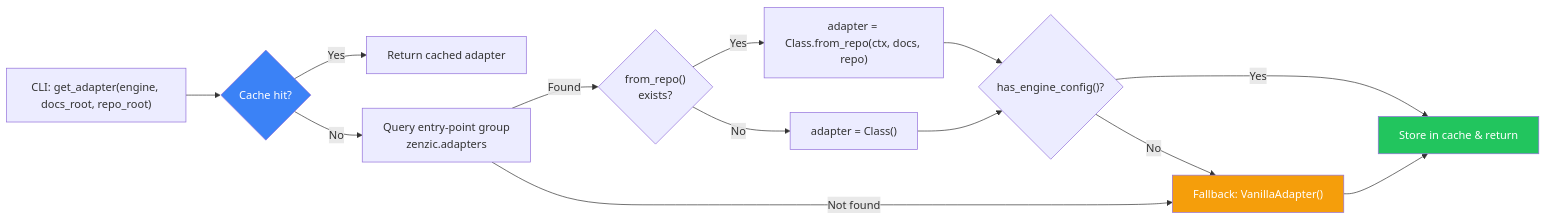
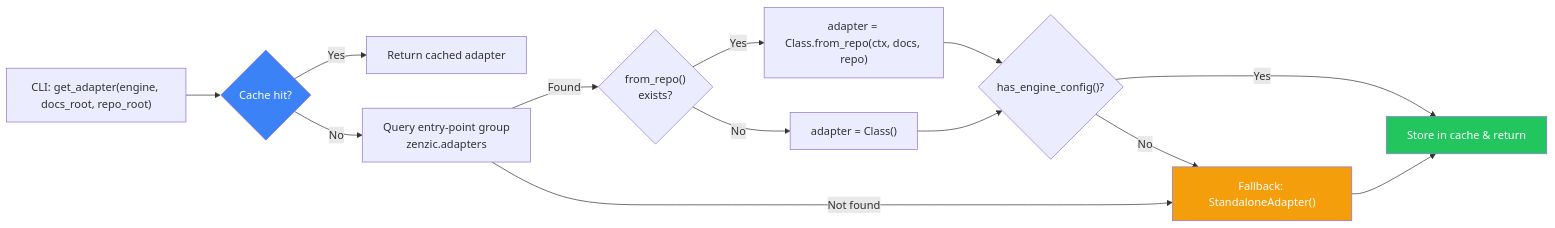
One commit to PythonWoods/zenzic-doc changed the first of 2 diagrams in i18n/it/docusaurus-plugin-content-docs/current/explanation/architecture.mdx. Above: the diagram before and after it, drawn with Mermaid. The commit also changed other lines of this file and 291 other files, not shown here.

````diff
--- a/i18n/it/docusaurus-plugin-content-docs/current/explanation/architecture.mdx
+++ b/i18n/it/docusaurus-plugin-content-docs/current/explanation/architecture.mdx
@@ -191,19 +374,19 @@
 ```mermaid
 flowchart LR
     CLI["CLI: get_adapter(engine, docs_root, repo_root)"] --> CACHE{Cache hit?}
     CACHE -->|Yes| RETURN[Return cached adapter]
     CACHE -->|No| EP["Query entry-point group\nzenzic.adapters"]
     EP -->|Found| FROM_REPO{"from_repo()\nexists?"}
     FROM_REPO -->|Yes| CONSTRUCT_FR["adapter = Class.from_repo(ctx, docs, repo)"]
     FROM_REPO -->|No| CONSTRUCT_STD["adapter = Class()"]
     CONSTRUCT_FR --> HAS_CONFIG{"has_engine_config()?"}
     CONSTRUCT_STD --> HAS_CONFIG
     HAS_CONFIG -->|Yes| STORE["Store in cache & return"]
-    HAS_CONFIG -->|No| VANILLA["Fallback: VanillaAdapter()"]
+    HAS_CONFIG -->|No| VANILLA["Fallback: StandaloneAdapter()"]
     EP -->|Not found| VANILLA
     VANILLA --> STORE
 
     style CACHE fill:#3b82f6,color:#fff
     style STORE fill:#22c55e,color:#fff
     style VANILLA fill:#f59e0b,color:#fff
 ```
````
